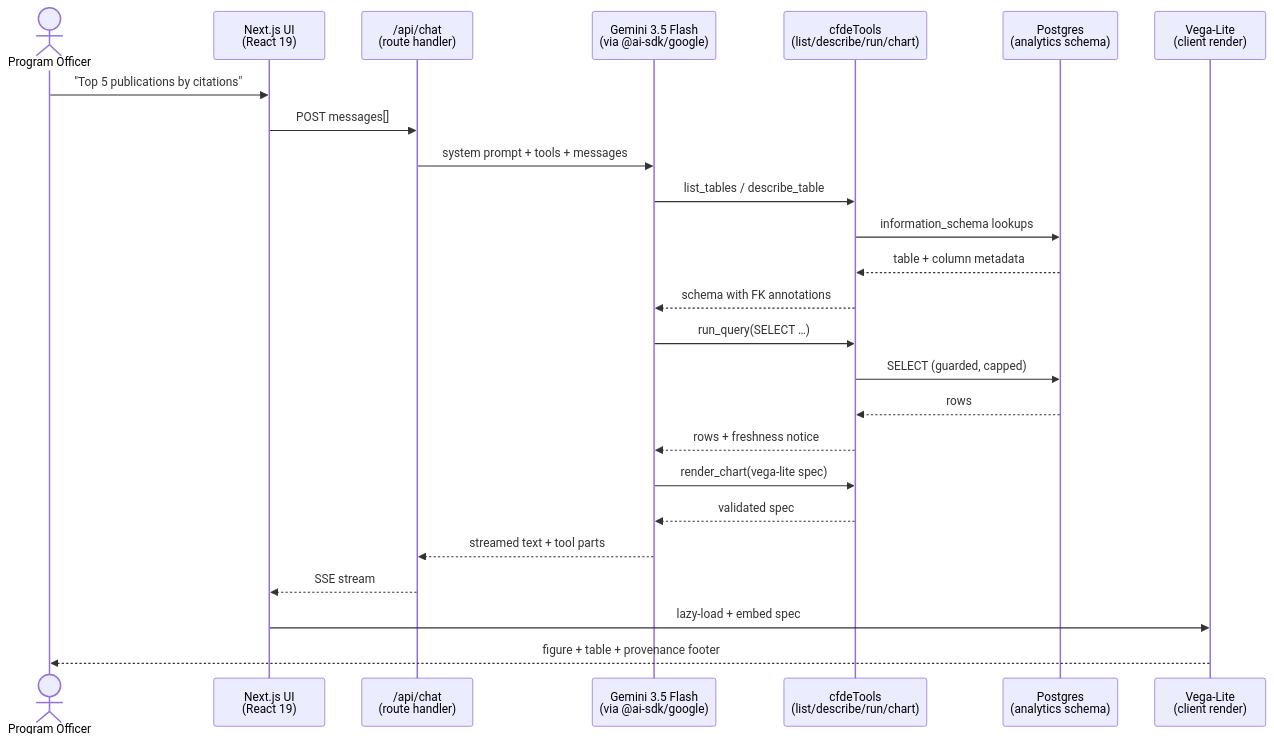
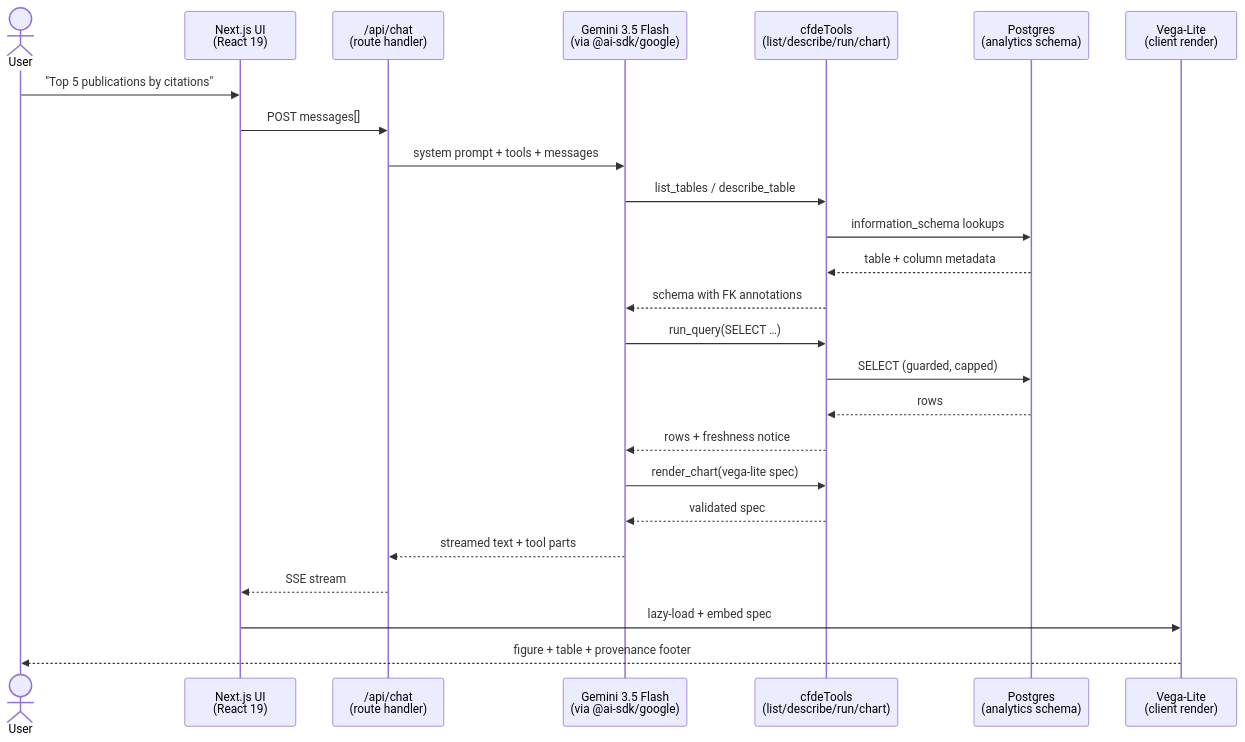
One commit to seandavi/cfde-atlas changed the first of 2 diagrams in README.md. Above: the diagram before and after it, drawn with Mermaid. The commit also changed other lines of this file, not shown here.

First line of the commit message:
docs(readme): drop NIH program officer / Council of Councils framing

````diff
--- a/README.md
+++ b/README.md
@@ -55,28 +55,28 @@
 ```mermaid
 sequenceDiagram
-    actor PO as Program Officer
+    actor User as User
     participant UI as Next.js UI<br/>(React 19)
     participant API as /api/chat<br/>(route handler)
     participant LLM as Gemini 3.5 Flash<br/>(via @ai-sdk/google)
     participant Tools as cfdeTools<br/>(list/describe/run/chart)
     participant DB as Postgres<br/>(analytics schema)
     participant VL as Vega-Lite<br/>(client render)
 
-    PO->>UI: "Top 5 publications by citations"
+    User->>UI: "Top 5 publications by citations"
     UI->>API: POST messages[]
     API->>LLM: system prompt + tools + messages
     LLM->>Tools: list_tables / describe_table
     Tools->>DB: information_schema lookups
     DB-->>Tools: table + column metadata
     Tools-->>LLM: schema with FK annotations
     LLM->>Tools: run_query(SELECT …)
     Tools->>DB: SELECT (guarded, capped)
     DB-->>Tools: rows
     Tools-->>LLM: rows + freshness notice
     LLM->>Tools: render_chart(vega-lite spec)
     Tools-->>LLM: validated spec
     LLM-->>API: streamed text + tool parts
     API-->>UI: SSE stream
     UI->>VL: lazy-load + embed spec
-    VL-->>PO: figure + table + provenance footer
+    VL-->>User: figure + table + provenance footer
 ```
````
